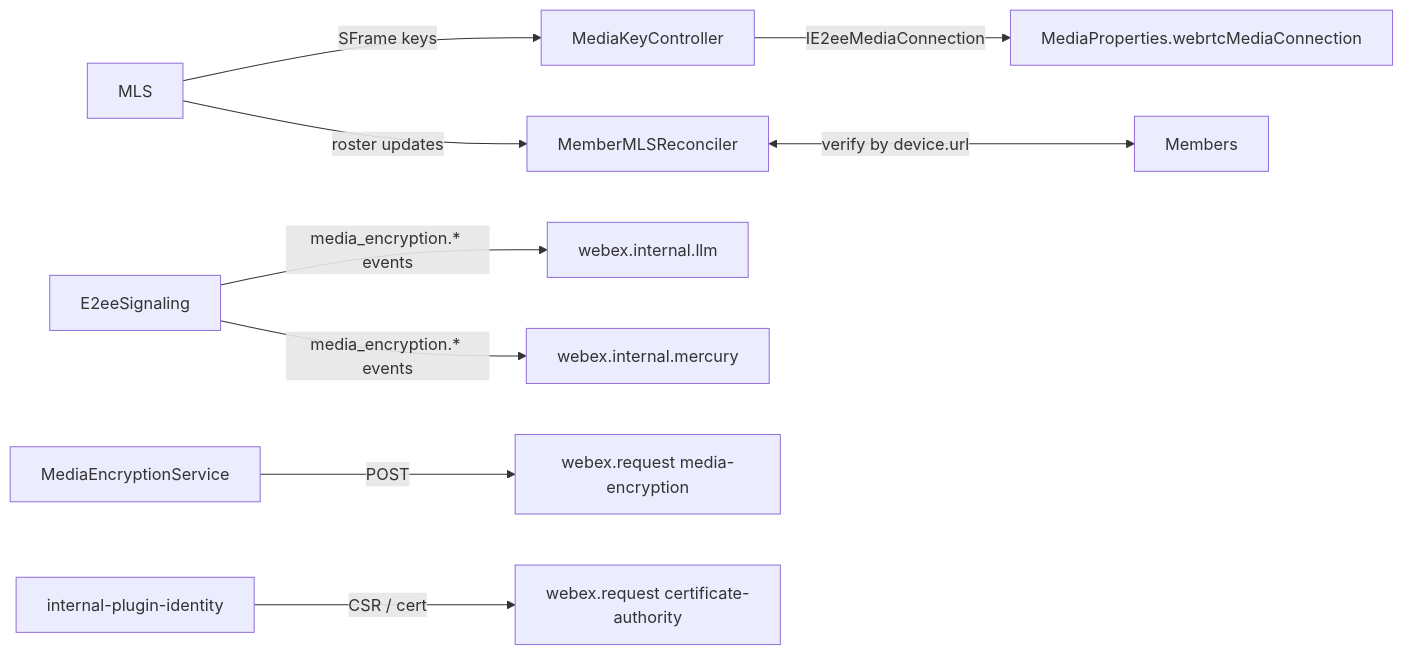
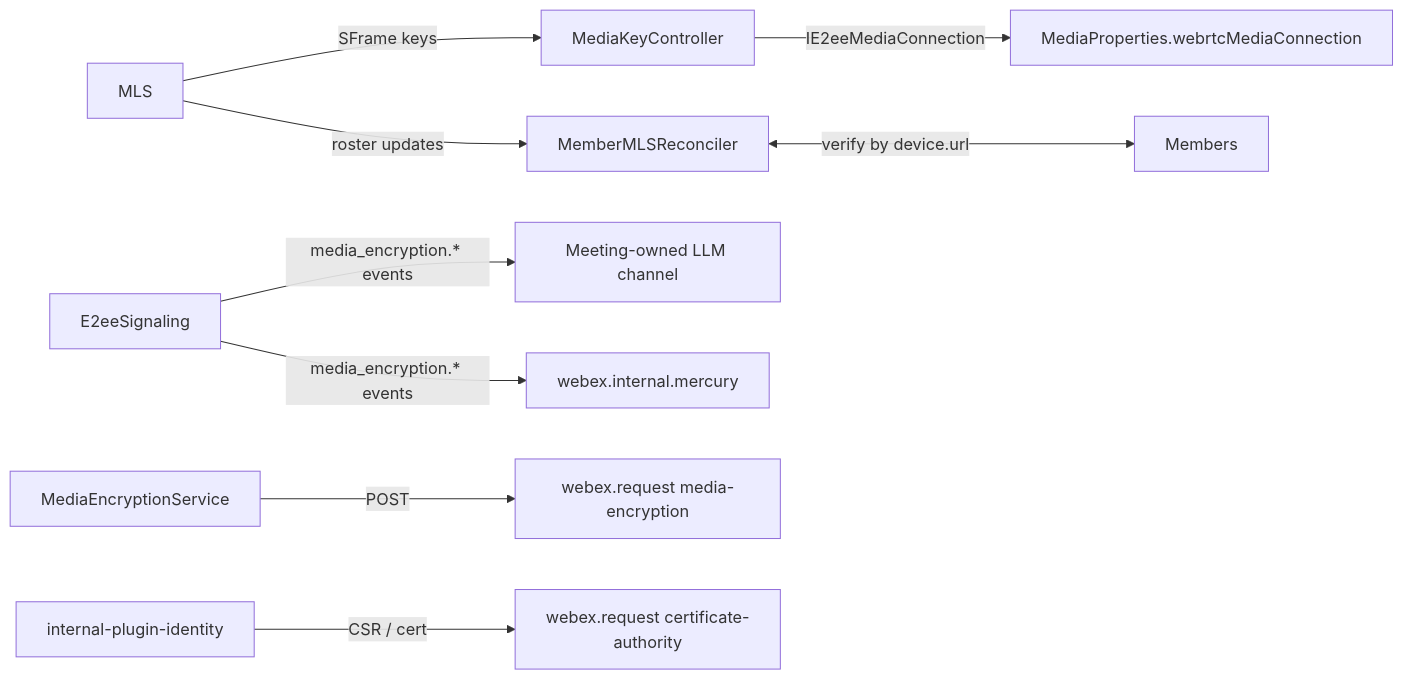
One commit to webex/webex-js-sdk changed the third of 3 diagrams in packages/@webex/plugin-meetings/src/e2ee/DESIGN.md. Above: the diagram before and after it, drawn with Mermaid. The commit also changed other lines of this file and 11 other files, not shown here.

````diff
--- a/packages/@webex/plugin-meetings/src/e2ee/DESIGN.md
+++ b/packages/@webex/plugin-meetings/src/e2ee/DESIGN.md
@@ -145,12 +145,12 @@
 ```mermaid
 graph LR
     MLS[MLS] -->|SFrame keys| MediaCtl[MediaKeyController]
     MediaCtl -->|IE2eeMediaConnection| MediaProps[MediaProperties.webrtcMediaConnection]
     MLS -->|roster updates| Recon[MemberMLSReconciler]
     Recon <-->|verify by device.url| Members
 
-    Sig[E2eeSignaling] -->|media_encryption.* events| LLM[webex.internal.llm]
+    Sig[E2eeSignaling] -->|media_encryption.* events| LLM[Meeting-owned LLM channel]
     Sig -->|media_encryption.* events| Mercury[webex.internal.mercury]
     Svc[MediaEncryptionService] -->|POST| MES[webex.request media-encryption]
     Ident[internal-plugin-identity] -->|CSR / cert| CA[webex.request certificate-authority]
 ```
````
